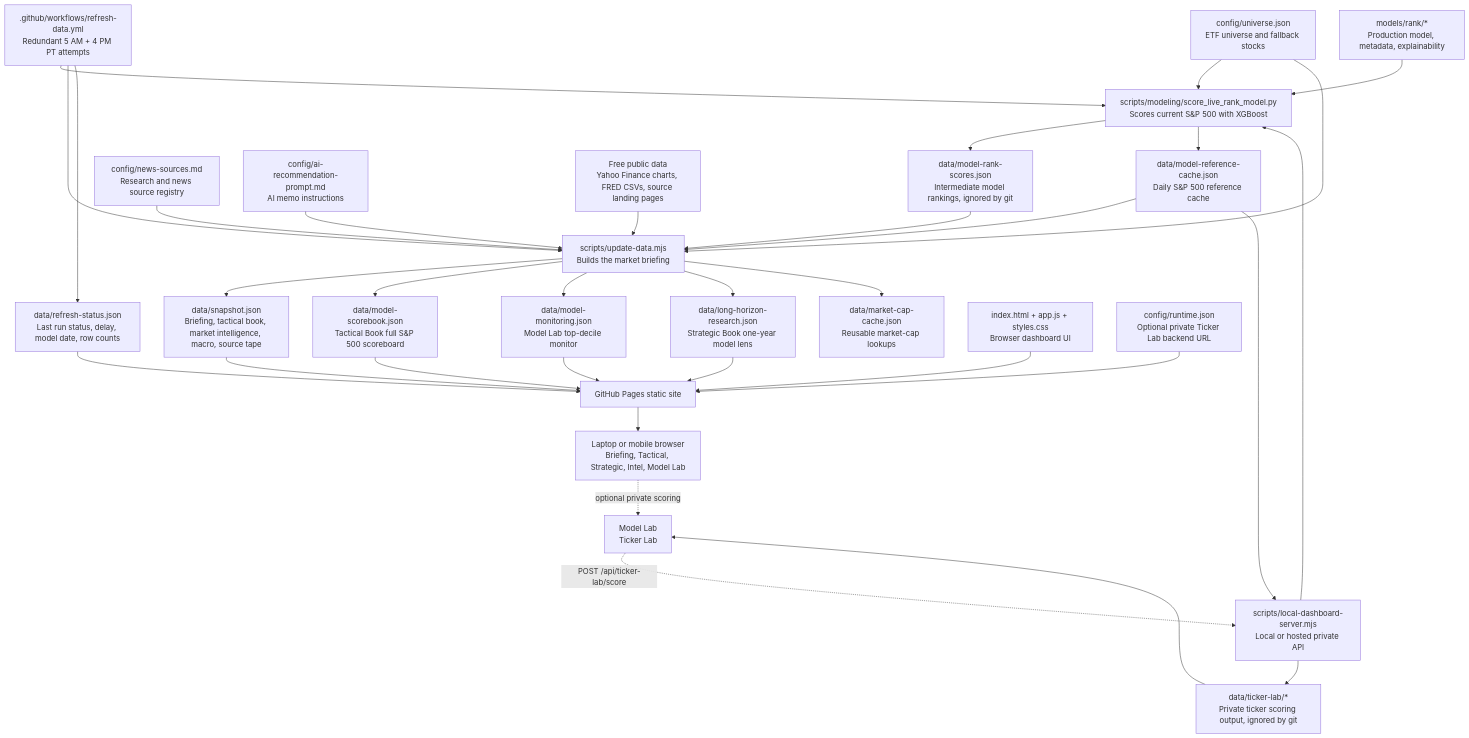
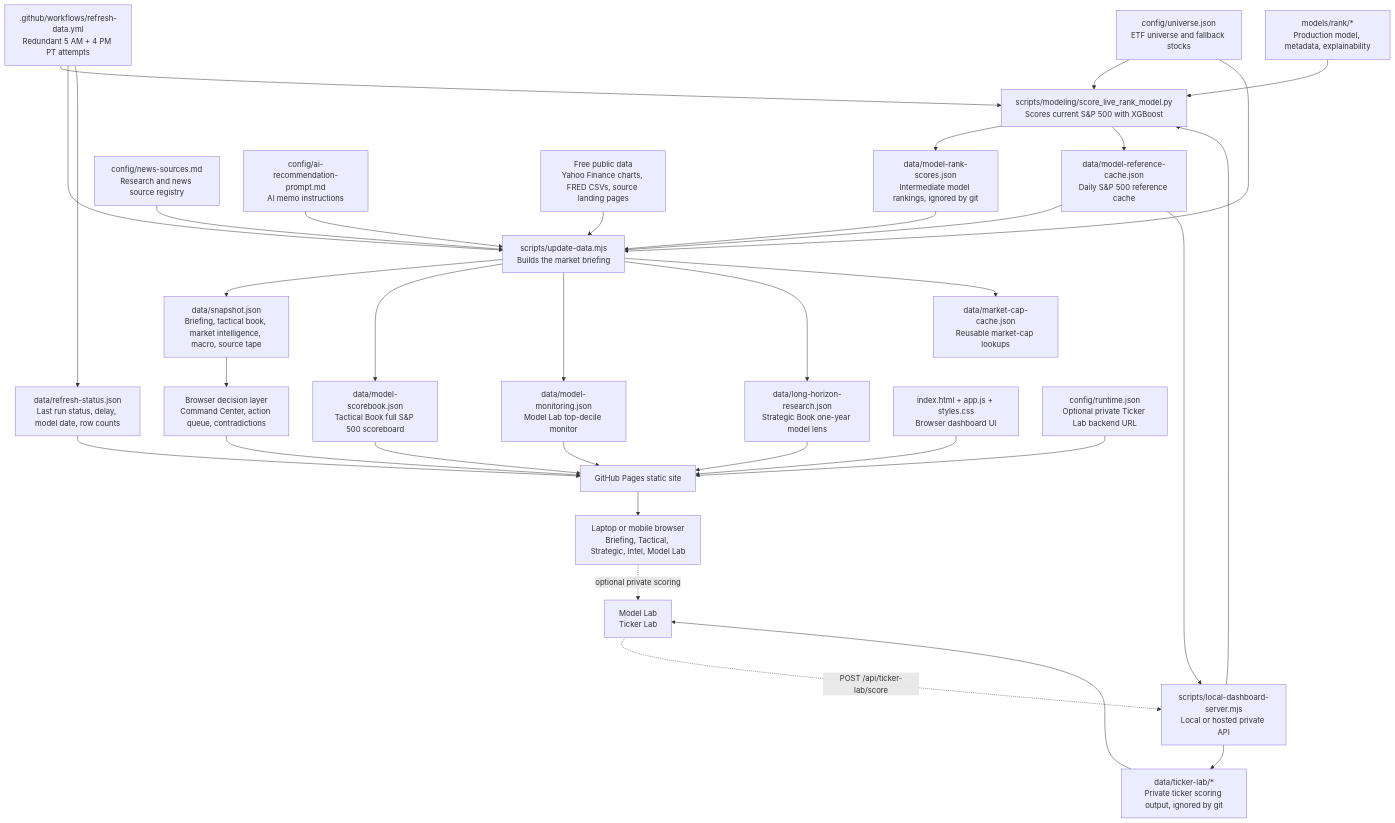
One commit to jhmona12/market-pulse changed the diagram in README.md. Above: the diagram before and after it, drawn with Mermaid. The commit also changed other lines of this file and 5 other files, not shown here.

Commit message:
Add command center briefing layout

````diff
--- a/README.md
+++ b/README.md
@@ -9,40 +9,41 @@
 ```mermaid
 flowchart TD
   schedule[".github/workflows/refresh-data.yml<br/>Redundant 5 AM + 4 PM PT attempts"] --> scorer["scripts/modeling/score_live_rank_model.py<br/>Scores current S&P 500 with XGBoost"]
 
   modelFiles["models/rank/*<br/>Production model, metadata, explainability"] --> scorer
   universe["config/universe.json<br/>ETF universe and fallback stocks"] --> scorer
   scorer --> modelScores["data/model-rank-scores.json<br/>Intermediate model rankings, ignored by git"]
   scorer --> referenceCache["data/model-reference-cache.json<br/>Daily S&P 500 reference cache"]
 
   schedule --> refresh["scripts/update-data.mjs<br/>Builds the market briefing"]
   newsSources["config/news-sources.md<br/>Research and news source registry"] --> refresh
   aiPrompt["config/ai-recommendation-prompt.md<br/>AI memo instructions"] --> refresh
   universe --> refresh
   modelScores --> refresh
   referenceCache --> refresh
   freeData["Free public data<br/>Yahoo Finance charts, FRED CSVs, source landing pages"] --> refresh
 
   refresh --> snapshot["data/snapshot.json<br/>Briefing, tactical book, market intelligence, macro, source tape"]
   refresh --> scorebook["data/model-scorebook.json<br/>Tactical Book full S&P 500 scoreboard"]
   refresh --> monitoring["data/model-monitoring.json<br/>Model Lab top-decile monitor"]
   refresh --> longResearch["data/long-horizon-research.json<br/>Strategic Book one-year model lens"]
   refresh --> marketCaps["data/market-cap-cache.json<br/>Reusable market-cap lookups"]
   schedule --> refreshStatus["data/refresh-status.json<br/>Last run status, delay, model date, row counts"]
 
-  snapshot --> pages["GitHub Pages static site"]
+  snapshot --> command["Browser decision layer<br/>Command Center, action queue, contradictions"]
+  command --> pages["GitHub Pages static site"]
   scorebook --> pages
   monitoring --> pages
   longResearch --> pages
   refreshStatus --> pages
   appFiles["index.html + app.js + styles.css<br/>Browser dashboard UI"] --> pages
   runtime["config/runtime.json<br/>Optional private Ticker Lab backend URL"] --> pages
   pages --> browser["Laptop or mobile browser<br/>Briefing, Tactical, Strategic, Intel, Model Lab"]
 
   browser -. optional private scoring .-> tickerUi["Model Lab<br/>Ticker Lab"]
   tickerUi -. POST /api/ticker-lab/score .-> backend["scripts/local-dashboard-server.mjs<br/>Local or hosted private API"]
   backend --> scorer
   referenceCache --> backend
   backend --> tickerOutput["data/ticker-lab/*<br/>Private ticker scoring output, ignored by git"]
   tickerOutput --> tickerUi
 ```
````
